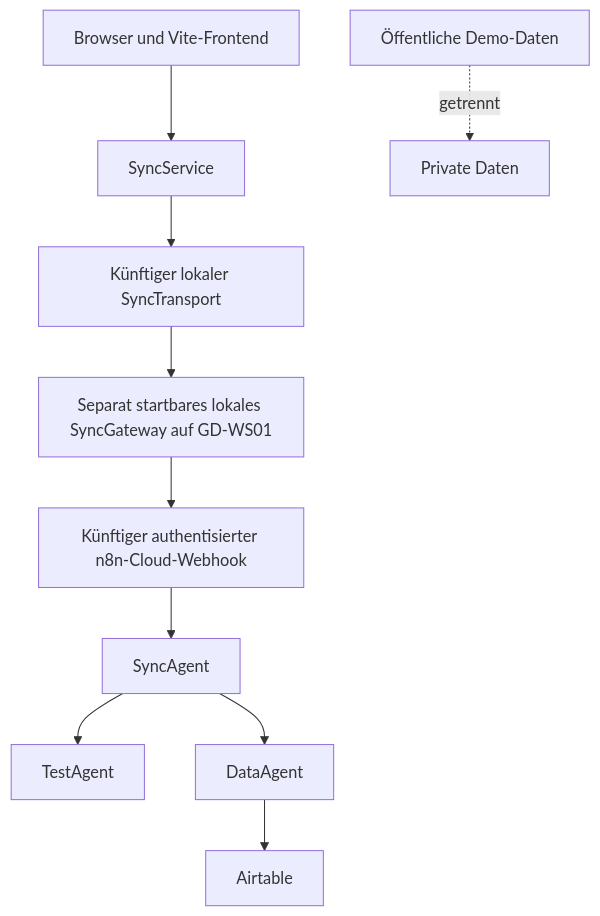
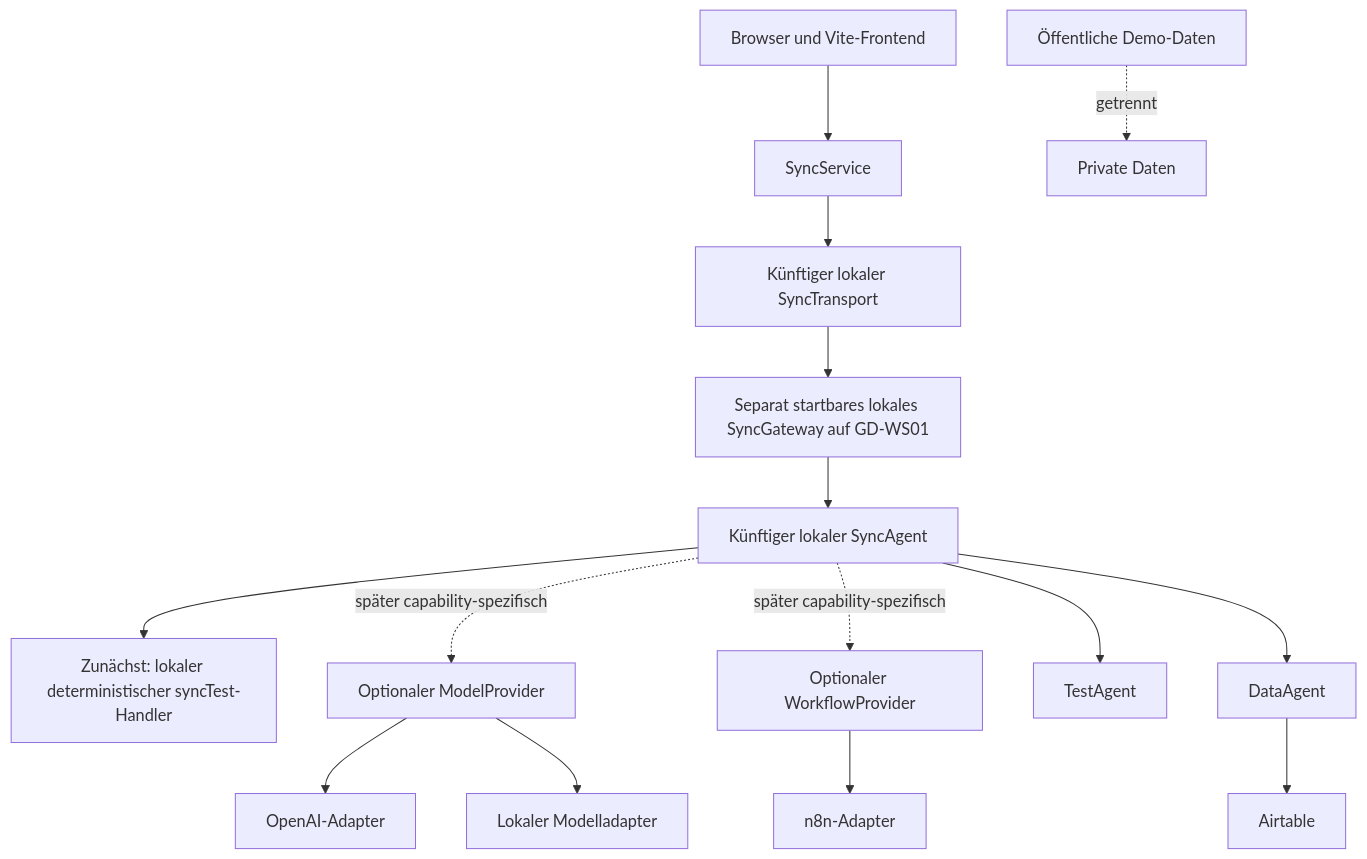
One commit to Varudan/goldendawn-os changed the diagram in docs/security.md. Above: the diagram before and after it, drawn with Mermaid. The commit also changed other lines of this file and 10 other files, not shown here.

Commit message:
docs: adr-0023-local-syncagent-provider-boundary (#52)

````diff
--- a/docs/security.md
+++ b/docs/security.md
@@ -61,13 +61,18 @@
 ```mermaid
 flowchart TD
     Browser["Browser und Vite-Frontend"] --> Service["SyncService"]
     Service --> Transport["Künftiger lokaler SyncTransport"]
     Transport --> Gateway["Separat startbares lokales SyncGateway auf GD-WS01"]
-    Gateway --> Webhook["Künftiger authentisierter n8n-Cloud-Webhook"]
-    Webhook --> Sync["SyncAgent"]
+    Gateway --> Sync["Künftiger lokaler SyncAgent"]
+    Sync --> LocalHandler["Zunächst: lokaler deterministischer syncTest-Handler"]
+    Sync -.->|später capability-spezifisch| ModelProvider["Optionaler ModelProvider"]
+    ModelProvider --> OpenAI["OpenAI-Adapter"]
+    ModelProvider --> LocalModel["Lokaler Modelladapter"]
+    Sync -.->|später capability-spezifisch| WorkflowProvider["Optionaler WorkflowProvider"]
+    WorkflowProvider --> N8n["n8n-Adapter"]
     Sync --> Test["TestAgent"]
     Sync --> Data["DataAgent"]
     Data --> Airtable["Airtable"]
 
     Public["Öffentliche Demo-Daten"] -. getrennt .-> Private["Private Daten"]
 ```
````
